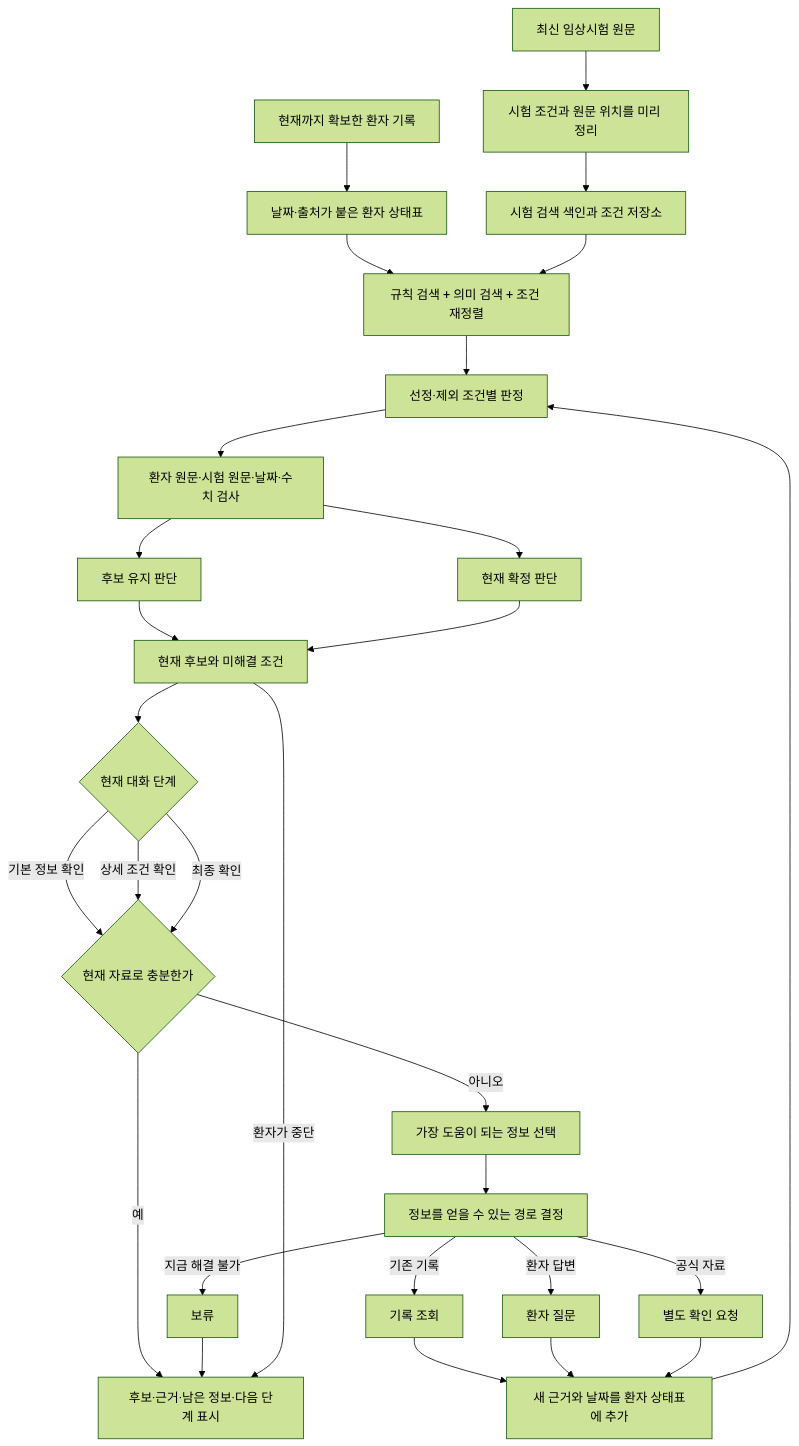
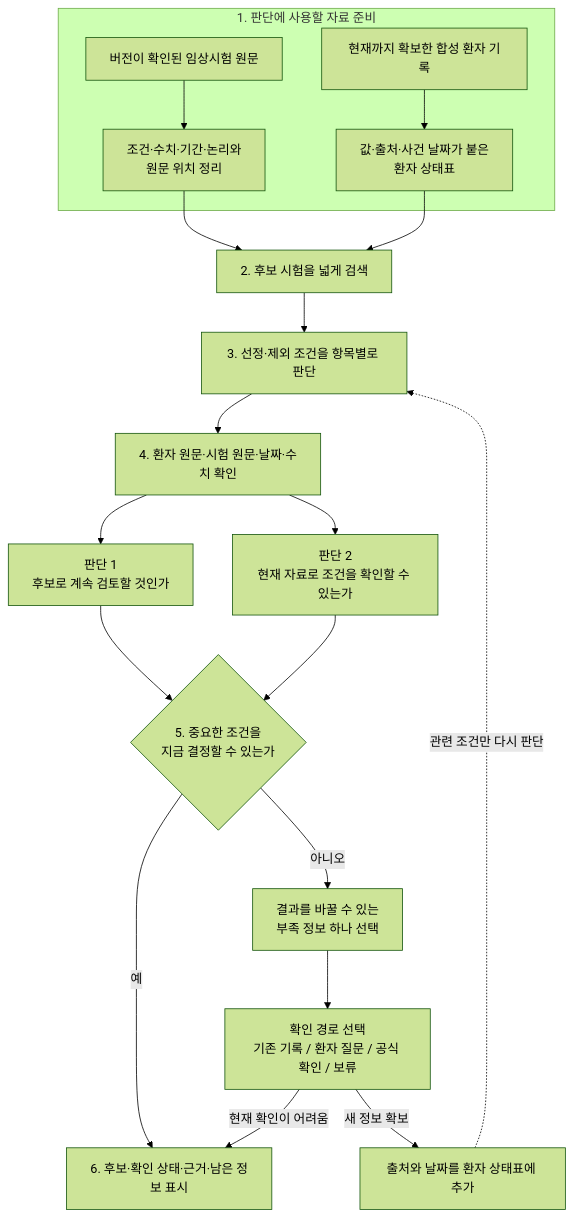
The diagram in docs/internal/CLARIFYTRIAL_AGENT_ARCHITECTURE_REDESIGN.md (health-agent/Clarifytrial), drawn with Mermaid (forest theme) before and after one commit. The commit also changed other lines of this file and 9 other files, not shown here.

````diff
--- a/docs/internal/CLARIFYTRIAL_AGENT_ARCHITECTURE_REDESIGN.md
+++ b/docs/internal/CLARIFYTRIAL_AGENT_ARCHITECTURE_REDESIGN.md
@@ -349,35 +29,27 @@
 ```mermaid
 flowchart TD
-    T[최신 임상시험 원문] --> TP[시험 조건과 원문 위치를 미리 정리]
-    TP --> TI[시험 검색 색인과 조건 저장소]
+    subgraph PREP[1. 판단에 사용할 자료 준비]
+        T1[버전이 확인된 임상시험 원문]
+        T2[조건·수치·기간·논리와<br/>원문 위치 정리]
+        P1[현재까지 확보한 합성 환자 기록]
+        P2[값·출처·사건 날짜가 붙은<br/>환자 상태표]
+        T1 --> T2
+        P1 --> P2
+    end
 
-    P[현재까지 확보한 환자 기록] --> PS[날짜·출처가 붙은 환자 상태표]
-    PS --> M[규칙 검색 + 의미 검색 + 조건 재정렬]
-    TI --> M
-    M --> J[선정·제외 조건별 판정]
-    J --> A[환자 원문·시험 원문·날짜·수치 검사]
-    A --> O1[후보 유지 판단]
-    A --> O2[현재 확정 판단]
-    O1 --> C[현재 후보와 미해결 조건]
-    O2 --> C
+    T2 --> S[2. 후보 시험을 넓게 검색]
+    P2 --> S
+    S --> J[3. 선정·제외 조건을 항목별로 판단]
+    J --> A[4. 환자 원문·시험 원문·날짜·수치 확인]
+    A --> G1[판단 1<br/>후보로 계속 검토할 것인가]
+    A --> G2[판단 2<br/>현재 자료로 조건을 확인할 수 있는가]
+    G1 --> C{5. 중요한 조건을<br/>지금 결정할 수 있는가}
+    G2 --> C
 
-    C --> PH{현재 대화 단계}
-    PH -->|기본 정보 확인| E{현재 자료로 충분한가}
-    PH -->|상세 조건 확인| E
-    PH -->|최종 확인| E
-    E -->|예| O[후보·근거·남은 정보·다음 단계 표시]
-    E -->|아니오| N[가장 도움이 되는 정보 선택]
-
-    N --> G[정보를 얻을 수 있는 경로 결정]
-    G -->|기존 기록| R[기록 조회]
-    G -->|환자 답변| Q[환자 질문]
-    G -->|공식 자료| V[별도 확인 요청]
-    G -->|지금 해결 불가| D[보류]
-
-    R --> U[새 근거와 날짜를 환자 상태표에 추가]
-    Q --> U
-    V --> U
-    U --> J
-    D --> O
-    C -->|환자가 중단| O
+    C -->|예| O[6. 후보·확인 상태·근거·남은 정보 표시]
+    C -->|아니오| M[결과를 바꿀 수 있는<br/>부족 정보 하나 선택]
+    M --> R[확인 경로 선택<br/>기존 기록 / 환자 질문 / 공식 확인 / 보류]
+    R -->|현재 확인이 어려움| O
+    R -->|새 정보 확보| U[출처와 날짜를 환자 상태표에 추가]
+    U -. 관련 조건만 다시 판단 .-> J
 ```
````
